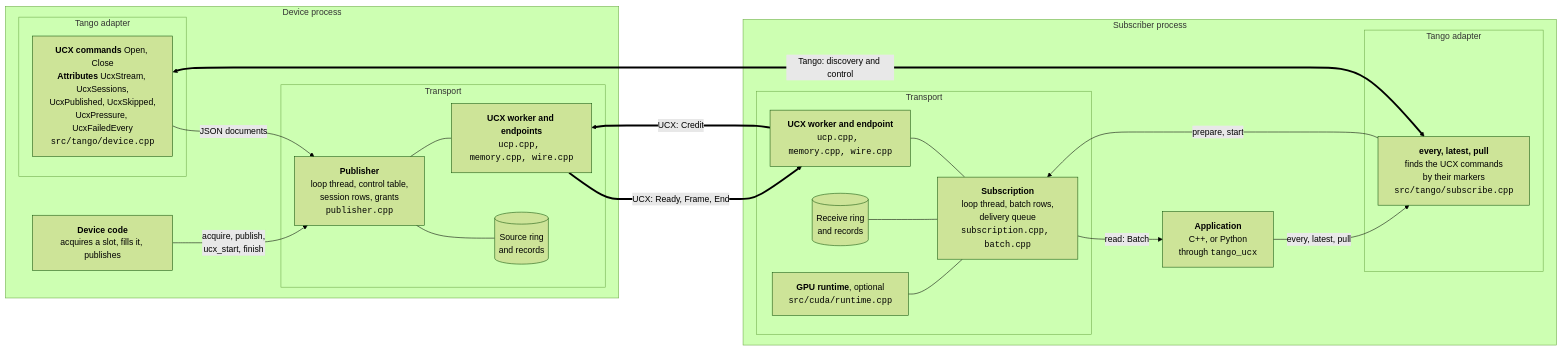
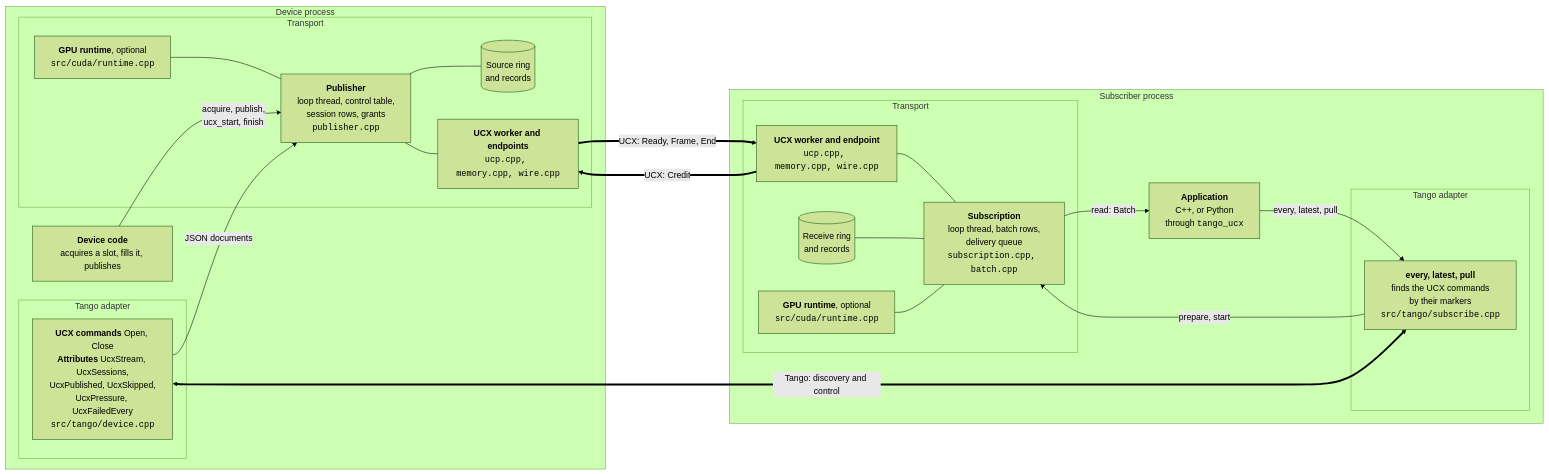
Before and after one commit to srwohl/tango-ucx: the first of 11 diagrams in docs/diagrams.md, drawn with Mermaid (forest theme). The commit also changed other lines of this file and 9 other files, not shown here.

````diff
--- a/docs/diagrams.md
+++ b/docs/diagrams.md
@@ -24,41 +24,43 @@
 ```mermaid
 flowchart LR
     subgraph DP["Device process"]
         DC["<b>Device code</b><br/>acquires a slot, fills it, publishes"]
         subgraph DTA["Tango adapter"]
             CMD["<b>UCX commands</b> Open, Close<br/><b>Attributes</b> UcxStream, UcxSessions,<br/>UcxPublished, UcxSkipped,<br/>UcxPressure, UcxFailedEvery<br/><code>src/tango/device.cpp</code>"]
         end
         subgraph DTR["Transport"]
             PUB["<b>Publisher</b><br/>loop thread, control table,<br/>session rows, grants<br/><code>publisher.cpp</code>"]
             SRC[("Source ring<br/>and records")]
             PLOW["<b>UCX worker and endpoints</b><br/><code>ucp.cpp, memory.cpp, wire.cpp</code>"]
+            PGPU["<b>GPU runtime</b>, optional<br/><code>src/cuda/runtime.cpp</code>"]
         end
     end
 
     subgraph SP["Subscriber process"]
         subgraph STR["Transport"]
             SLOW["<b>UCX worker and endpoint</b><br/><code>ucp.cpp, memory.cpp, wire.cpp</code>"]
             RCV[("Receive ring<br/>and records")]
             SUB["<b>Subscription</b><br/>loop thread, batch rows,<br/>delivery queue<br/><code>subscription.cpp, batch.cpp</code>"]
             GPU["<b>GPU runtime</b>, optional<br/><code>src/cuda/runtime.cpp</code>"]
         end
         subgraph STA["Tango adapter"]
             SUBSCRIBE["<b>every, latest, pull</b><br/>finds the UCX commands<br/>by their markers<br/><code>src/tango/subscribe.cpp</code>"]
         end
         APP["<b>Application</b><br/>C++, or Python<br/>through <code>tango_ucx</code>"]
     end
 
     DC -- "acquire, publish,<br/>ucx_start, finish" --> PUB
     CMD -- "JSON documents" --> PUB
     PUB --- SRC
     PUB --- PLOW
+    PGPU --- PUB
     PLOW == "UCX: Ready, Frame, End" ==> SLOW
     SLOW == "UCX: Credit" ==> PLOW
     SLOW --- SUB
     RCV --- SUB
     GPU --- SUB
     SUB -- "read: Batch" --> APP
     SUBSCRIBE -- "prepare, start" --> SUB
     APP -- "every, latest, pull" --> SUBSCRIBE
     CMD <== "Tango: discovery and control" ==> SUBSCRIBE
 ```
````
